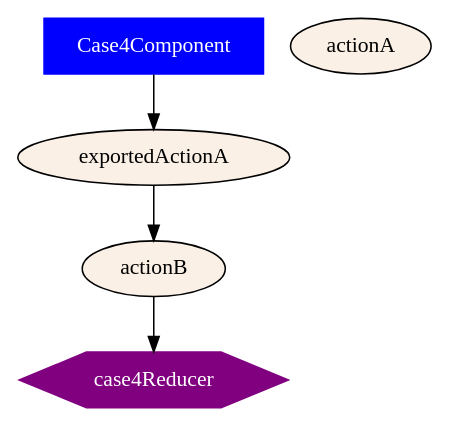
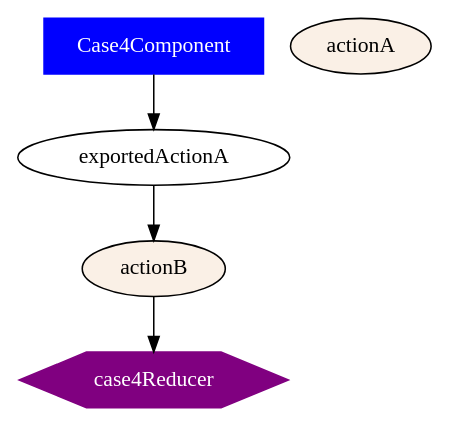
One commit to ammarnajjar/ngrx-graph changed the diagram in docs/examples/case4/out/all.dot. Above: the diagram before and after it, drawn with Graphviz. The commit also changed 50 other files, not shown here.

First line of the commit message:
feat: add DOT file generation and SVG support for action graphs

```diff
--- a/docs/examples/case4/out/all.dot
+++ b/docs/examples/case4/out/all.dot
@@ -1,10 +1,9 @@
 digraph {
 Case4Component [shape="box", color=blue, fillcolor=blue, fontcolor=white, style=filled]
 actionA [fillcolor=linen, style=filled]
 actionB [fillcolor=linen, style=filled]
-exportedActionA [fillcolor=linen, style=filled]
 case4Reducer [shape="hexagon", color=purple, fillcolor=purple, fontcolor=white, style=filled]
 Case4Component -> exportedActionA
 exportedActionA -> actionB
 actionB -> case4Reducer
 }
```
